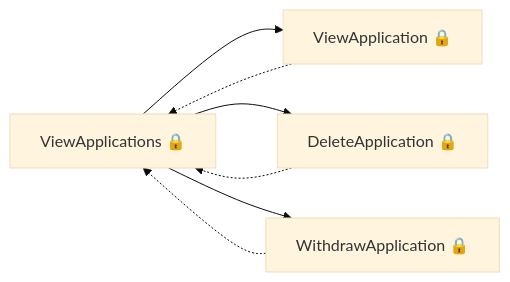
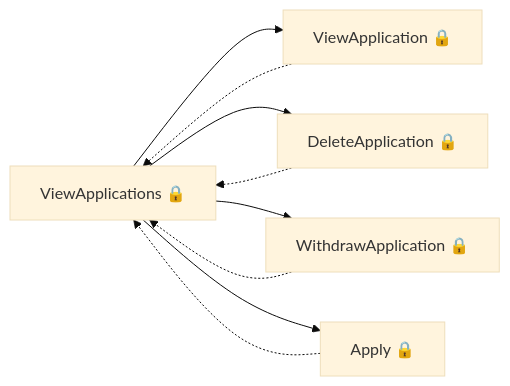
Before and after one commit to talentconsulting/atlas-dfe: the second of 6 diagrams in das-findapprenticeship-web/user-journeys/user-journeys.md, drawn with Mermaid (base theme). The commit also changed other lines of this file and 36 other files, not shown here.

````diff
--- a/das-findapprenticeship-web/user-journeys/user-journeys.md
+++ b/das-findapprenticeship-web/user-journeys/user-journeys.md
@@ -45,9 +46,11 @@
 ```mermaid
 flowchart LR
   p0["ViewApplications 🔒"] --> p1["ViewApplication 🔒"]
   p1["ViewApplication 🔒"] -.-> p0["ViewApplications 🔒"]
   p0["ViewApplications 🔒"] --> p2["DeleteApplication 🔒"]
   p2["DeleteApplication 🔒"] -.-> p0["ViewApplications 🔒"]
   p0["ViewApplications 🔒"] --> p3["WithdrawApplication 🔒"]
   p3["WithdrawApplication 🔒"] -.-> p0["ViewApplications 🔒"]
+  p0["ViewApplications 🔒"] --> p4["Apply 🔒"]
+  p4["Apply 🔒"] -.-> p0["ViewApplications 🔒"]
 ```
````
